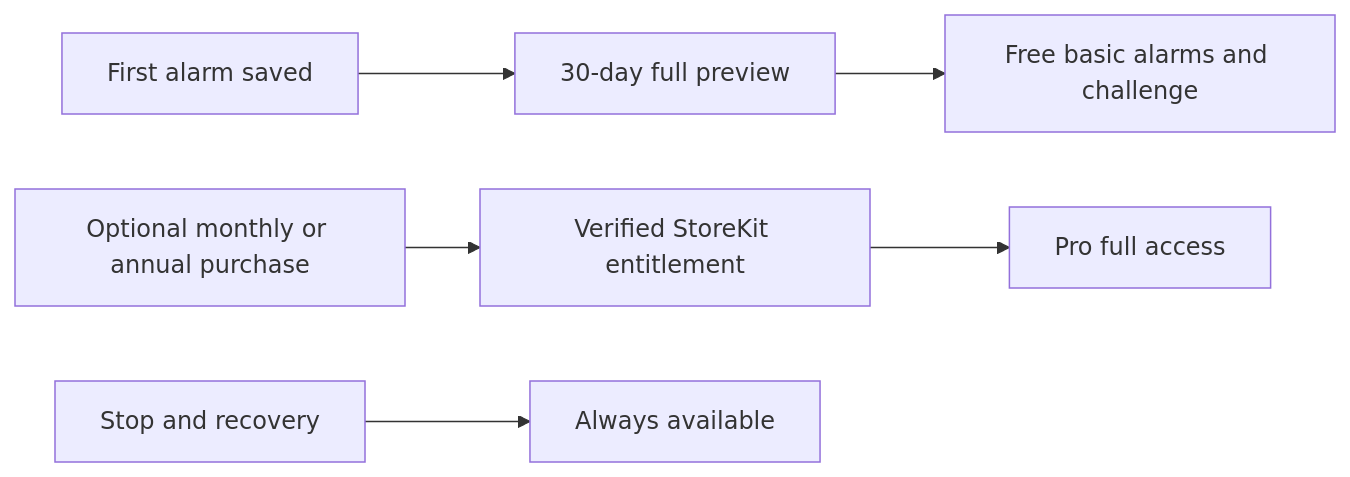
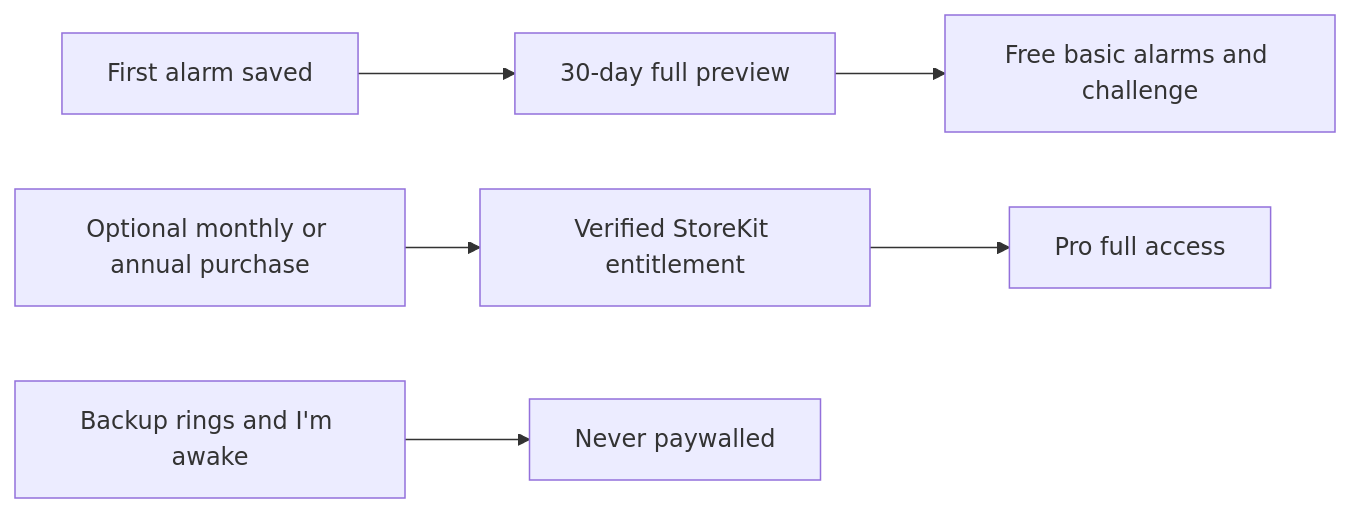
Before and after one commit to thanhdanh/HiMorning: the diagram in docs/SUBSCRIPTIONS.md, drawn with Mermaid. The commit also changed other lines of this file and 84 other files, not shown here.

````diff
--- a/docs/SUBSCRIPTIONS.md
+++ b/docs/SUBSCRIPTIONS.md
@@ -59,8 +59,8 @@
 ```mermaid
 flowchart LR
   A[First alarm saved] --> B[30-day full preview]
   B --> C[Free basic alarms and challenge]
   D[Optional monthly or annual purchase] --> E[Verified StoreKit entitlement]
   E --> F[Pro full access]
-  G[Stop and recovery] --> H[Always available]
+  G[Backup rings and I'm awake] --> H[Never paywalled]
 ```
````
